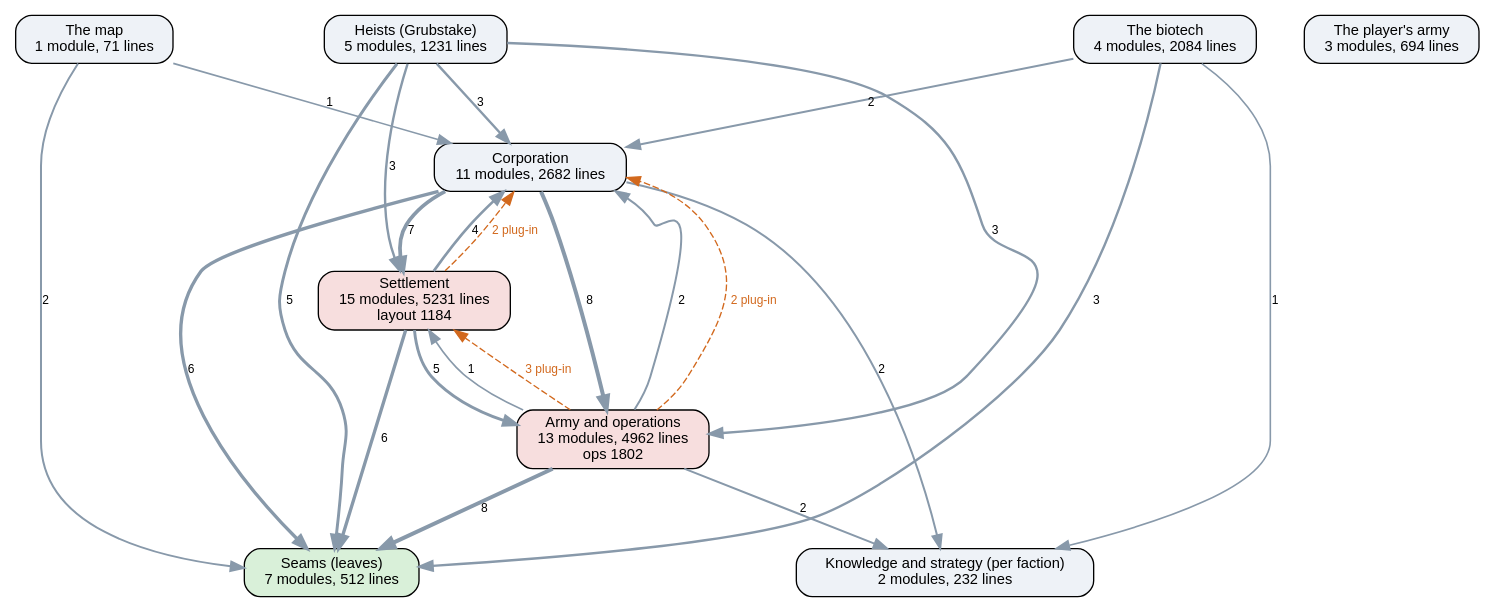
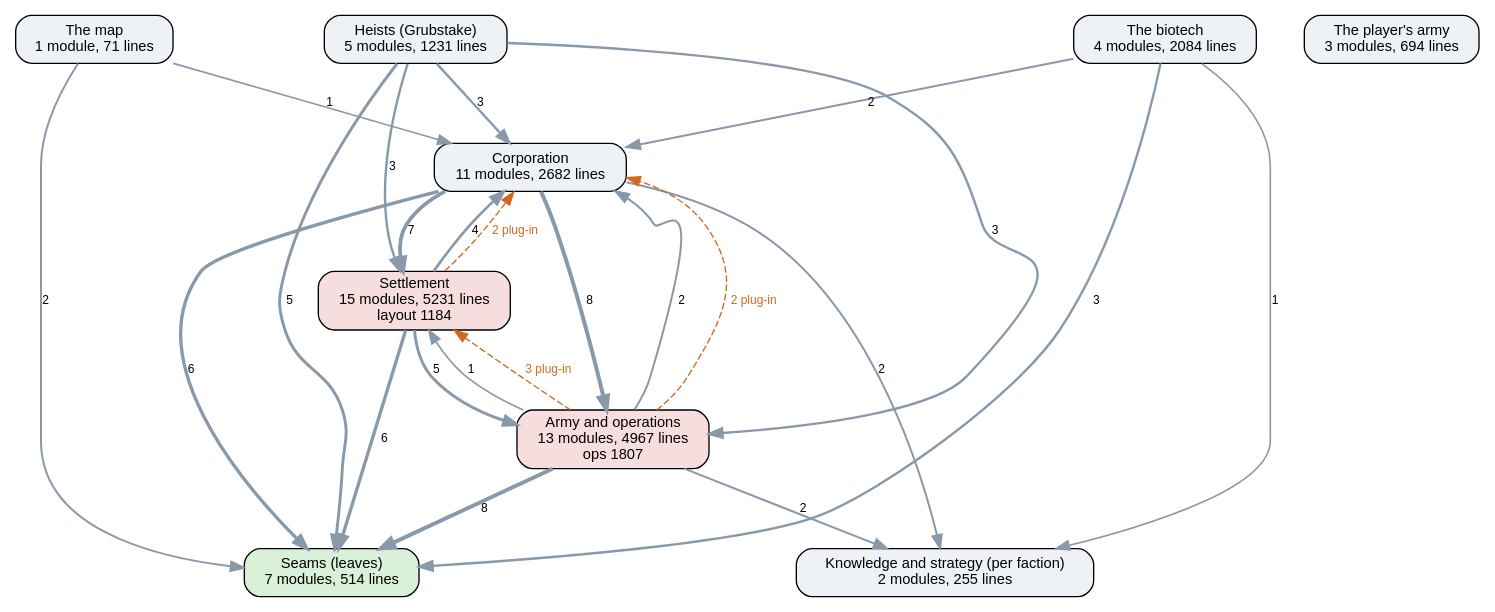
The diagram in docs/ai-layers.dot (kinelhu/landing-party), drawn with Graphviz before and after one commit. The commit also changed 17 other files, not shown here.

```diff
--- a/docs/ai-layers.dot
+++ b/docs/ai-layers.dot
@@ -1,37 +1,37 @@
 digraph layers {
   graph [rankdir=TB, fontname="Helvetica", nodesep=0.5, ranksep=0.7];
   node [shape=box, style="rounded,filled", fontname="Helvetica", fontsize=11, fillcolor="#eef2f7"];
   edge [color="#8899aa", fontname="Helvetica", fontsize=9];
-  "Seams (leaves)" [label="Seams (leaves)\n7 modules, 512 lines", fillcolor="#d9f0d9"];
-  "Knowledge and strategy (per faction)" [label="Knowledge and strategy (per faction)\n2 modules, 232 lines", fillcolor="#eef2f7"];
+  "Seams (leaves)" [label="Seams (leaves)\n7 modules, 514 lines", fillcolor="#d9f0d9"];
+  "Knowledge and strategy (per faction)" [label="Knowledge and strategy (per faction)\n2 modules, 255 lines", fillcolor="#eef2f7"];
   "Corporation" [label="Corporation\n11 modules, 2682 lines", fillcolor="#eef2f7"];
   "Settlement" [label="Settlement\n15 modules, 5231 lines\nlayout 1184", fillcolor="#f7dede"];
-  "Army and operations" [label="Army and operations\n13 modules, 4962 lines\nops 1802", fillcolor="#f7dede"];
+  "Army and operations" [label="Army and operations\n13 modules, 4967 lines\nops 1807", fillcolor="#f7dede"];
   "Heists (Grubstake)" [label="Heists (Grubstake)\n5 modules, 1231 lines", fillcolor="#eef2f7"];
   "The biotech" [label="The biotech\n4 modules, 2084 lines", fillcolor="#eef2f7"];
   "The map" [label="The map\n1 module, 71 lines", fillcolor="#eef2f7"];
   "The player's army" [label="The player's army\n3 modules, 694 lines", fillcolor="#eef2f7"];
   "Army and operations" -> "Corporation" [label="2", penwidth=1.5];
   "Army and operations" -> "Knowledge and strategy (per faction)" [label="2", penwidth=1.5];
   "Army and operations" -> "Seams (leaves)" [label="8", penwidth=3.0];
   "Army and operations" -> "Settlement" [label="1", penwidth=1.2];
   "Corporation" -> "Army and operations" [label="8", penwidth=3.0];
   "Corporation" -> "Knowledge and strategy (per faction)" [label="2", penwidth=1.5];
   "Corporation" -> "Seams (leaves)" [label="6", penwidth=2.5];
   "Corporation" -> "Settlement" [label="7", penwidth=2.8];
   "Heists (Grubstake)" -> "Army and operations" [label="3", penwidth=1.8];
   "Heists (Grubstake)" -> "Corporation" [label="3", penwidth=1.8];
   "Heists (Grubstake)" -> "Seams (leaves)" [label="5", penwidth=2.2];
   "Heists (Grubstake)" -> "Settlement" [label="3", penwidth=1.8];
   "Settlement" -> "Army and operations" [label="5", penwidth=2.2];
   "Settlement" -> "Corporation" [label="4", penwidth=2.0];
   "Settlement" -> "Seams (leaves)" [label="6", penwidth=2.5];
   "The biotech" -> "Corporation" [label="2", penwidth=1.5];
   "The biotech" -> "Knowledge and strategy (per faction)" [label="1", penwidth=1.2];
   "The biotech" -> "Seams (leaves)" [label="3", penwidth=1.8];
   "The map" -> "Corporation" [label="1", penwidth=1.2];
   "The map" -> "Seams (leaves)" [label="2", penwidth=1.5];
   "Army and operations" -> "Corporation" [style=dashed, color="#d2691e", fontcolor="#d2691e", label="2 plug-in"];
   "Army and operations" -> "Settlement" [style=dashed, color="#d2691e", fontcolor="#d2691e", label="3 plug-in"];
   "Settlement" -> "Corporation" [style=dashed, color="#d2691e", fontcolor="#d2691e", label="2 plug-in"];
 }
```
